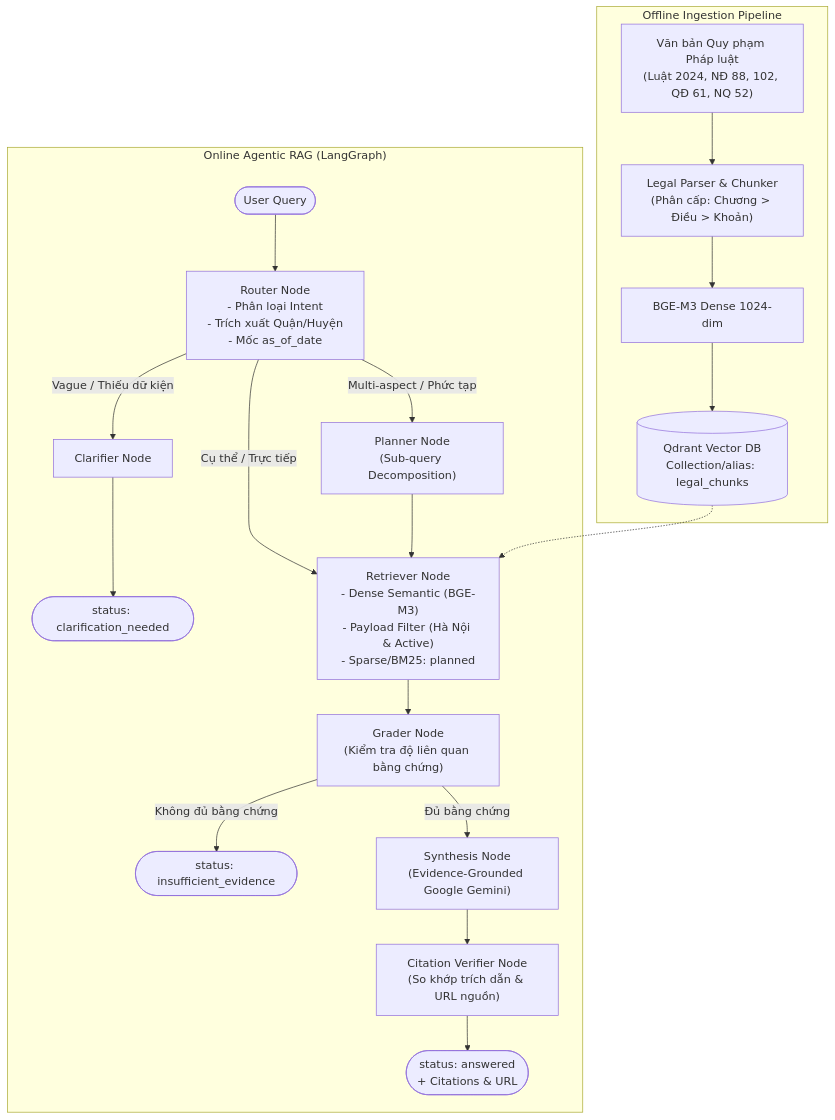
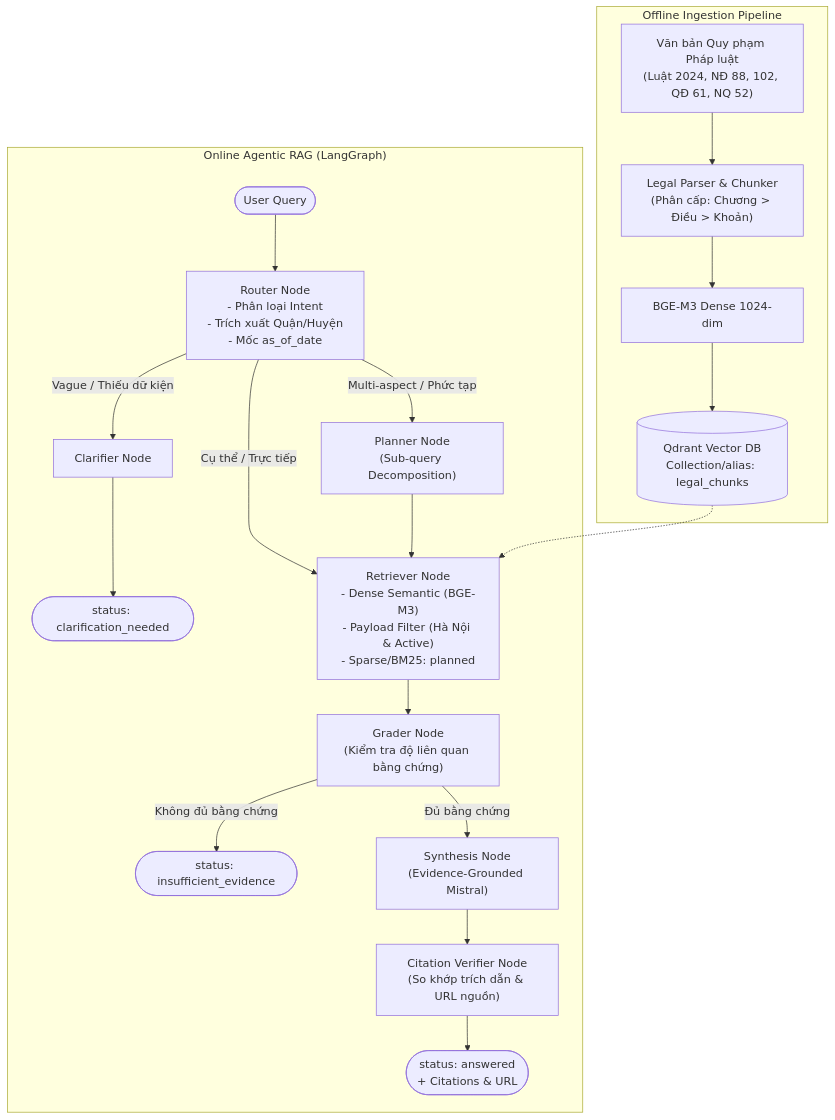
Before and after one commit to dovh25/agentic-rag-legal-qa-hanoi: the first of 2 diagrams in README.md, drawn with Mermaid. The commit also changed other lines of this file and 11 other files, not shown here.

````diff
--- a/README.md
+++ b/README.md
@@ -74,27 +74,27 @@
 ```mermaid
 flowchart TD
     subgraph INGESTION["Offline Ingestion Pipeline"]
         DOCS["Văn bản Quy phạm Pháp luật\n(Luật 2024, NĐ 88, 102, QĐ 61, NQ 52)"] --> PARSE["Legal Parser & Chunker\n(Phân cấp: Chương > Điều > Khoản)"]
         PARSE --> EMBED["BGE-M3 Dense 1024-dim"]
         EMBED --> QDRANT[("Qdrant Vector DB\nCollection/alias: legal_chunks")]
     end
 
     subgraph AGENT["Online Agentic RAG (LangGraph)"]
         START([User Query]) --> ROUTER["Router Node\n- Phân loại Intent\n- Trích xuất Quận/Huyện\n- Mốc as_of_date"]
         
         ROUTER -- "Vague / Thiếu dữ kiện" --> CLARIFY["Clarifier Node"] --> RESP_CLARIFY(["status: clarification_needed"])
         ROUTER -- "Multi-aspect / Phức tạp" --> PLANNER["Planner Node\n(Sub-query Decomposition)"]
         ROUTER -- "Cụ thể / Trực tiếp" --> RETRIEVER["Retriever Node\n- Dense Semantic (BGE-M3)\n- Payload Filter (Hà Nội & Active)\n- Sparse/BM25: planned"]
         
         PLANNER --> RETRIEVER
         QDRANT -.-> RETRIEVER
         
         RETRIEVER --> GRADER["Grader Node\n(Kiểm tra độ liên quan bằng chứng)"]
         
         GRADER -- "Không đủ bằng chứng" --> ABSTAIN(["status: insufficient_evidence"])
-        GRADER -- "Đủ bằng chứng" --> SYNTHESIS["Synthesis Node\n(Evidence-Grounded Google Gemini)"]
+        GRADER -- "Đủ bằng chứng" --> SYNTHESIS["Synthesis Node\n(Evidence-Grounded Mistral)"]
         
         SYNTHESIS --> VERIFY["Citation Verifier Node\n(So khớp trích dẫn & URL nguồn)"]
         VERIFY --> ANSWER(["status: answered\n+ Citations & URL"])
     end
 ```
````
